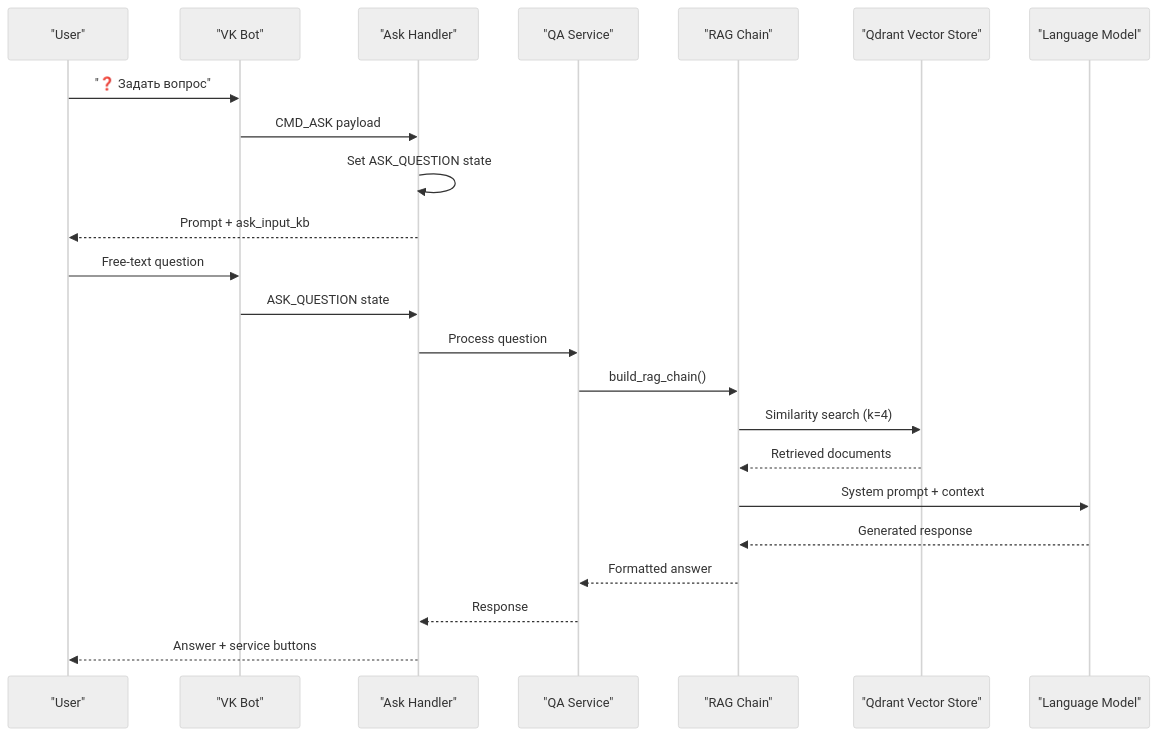
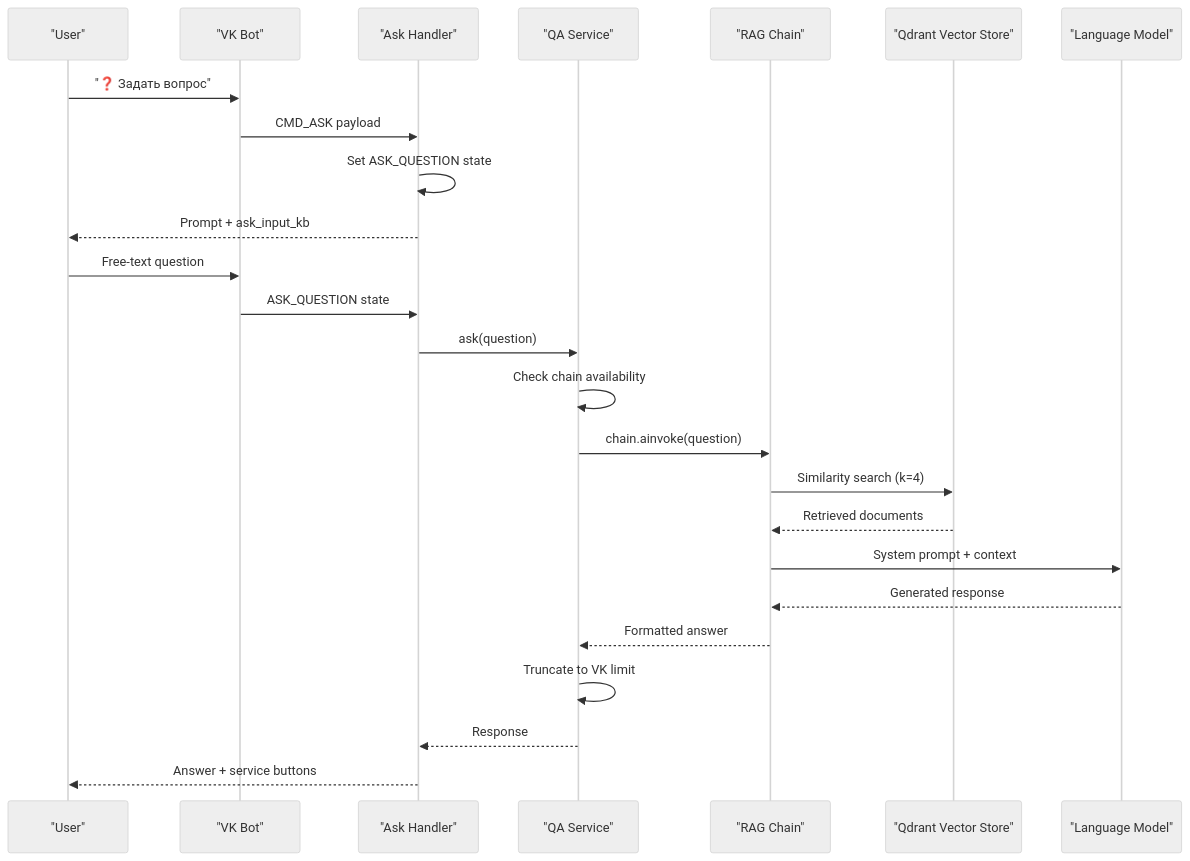
The second of 11 diagrams in .qoder/repowiki/en/content/RAG Integration.md (ognelis/cafetera_hr_bot), drawn with Mermaid (neutral theme) before and after one commit. The commit also changed other lines of this file and 8 other files, not shown here.

````diff
--- a/.qoder/repowiki/en/content/RAG Integration.md
+++ b/.qoder/repowiki/en/content/RAG Integration.md
@@ -137,25 +144,27 @@
 ```mermaid
 sequenceDiagram
 participant User as "User"
 participant VKBot as "VK Bot"
 participant AskHandler as "Ask Handler"
 participant QAService as "QA Service"
 participant RAGChain as "RAG Chain"
 participant Qdrant as "Qdrant Vector Store"
 participant LLM as "Language Model"
 User->>VKBot : "❓ Задать вопрос"
 VKBot->>AskHandler : CMD_ASK payload
 AskHandler->>AskHandler : Set ASK_QUESTION state
 AskHandler-->>User : Prompt + ask_input_kb
 User->>VKBot : Free-text question
 VKBot->>AskHandler : ASK_QUESTION state
-AskHandler->>QAService : Process question
-QAService->>RAGChain : build_rag_chain()
+AskHandler->>QAService : ask(question)
+QAService->>QAService : Check chain availability
+QAService->>RAGChain : chain.ainvoke(question)
 RAGChain->>Qdrant : Similarity search (k=4)
 Qdrant-->>RAGChain : Retrieved documents
 RAGChain->>LLM : System prompt + context
 LLM-->>RAGChain : Generated response
 RAGChain-->>QAService : Formatted answer
+QAService->>QAService : Truncate to VK limit
 QAService-->>AskHandler : Response
 AskHandler-->>User : Answer + service buttons
 ```
````
